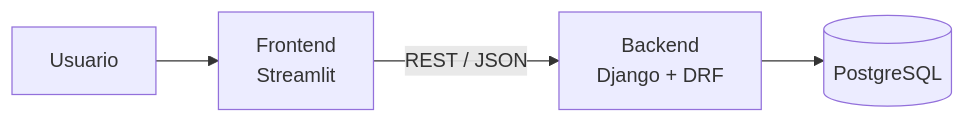
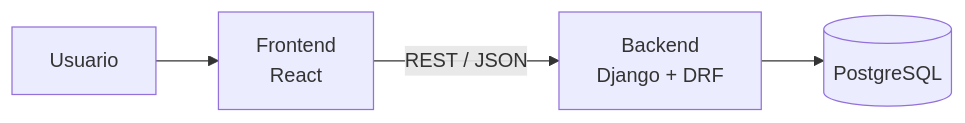
Before and after one commit to Johncitoo/Analizador-archivos: the diagram in README.md, drawn with Mermaid. The commit also changed other lines of this file and 23 other files, not shown here.

First line of the commit message:
Cambiar frontend a React para que el navegador consuma la API REST

````diff
--- a/README.md
+++ b/README.md
@@ -16,6 +16,6 @@
 ```mermaid
 flowchart LR
-    U[Usuario] --> F[Frontend<br/>Streamlit]
+    U[Usuario] --> F[Frontend<br/>React]
     F -- REST / JSON --> B[Backend<br/>Django + DRF]
     B --> D[(PostgreSQL)]
 ```
````
